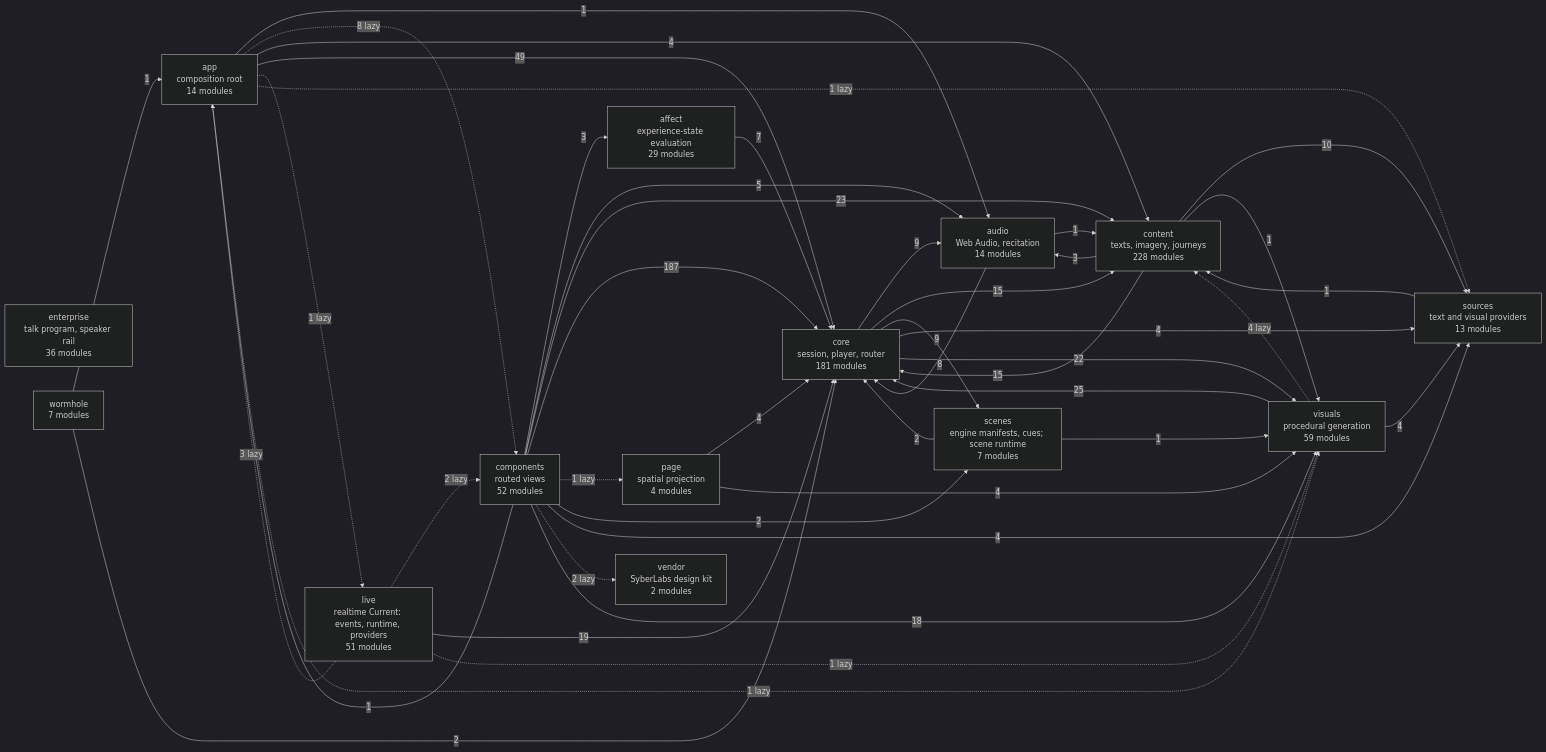
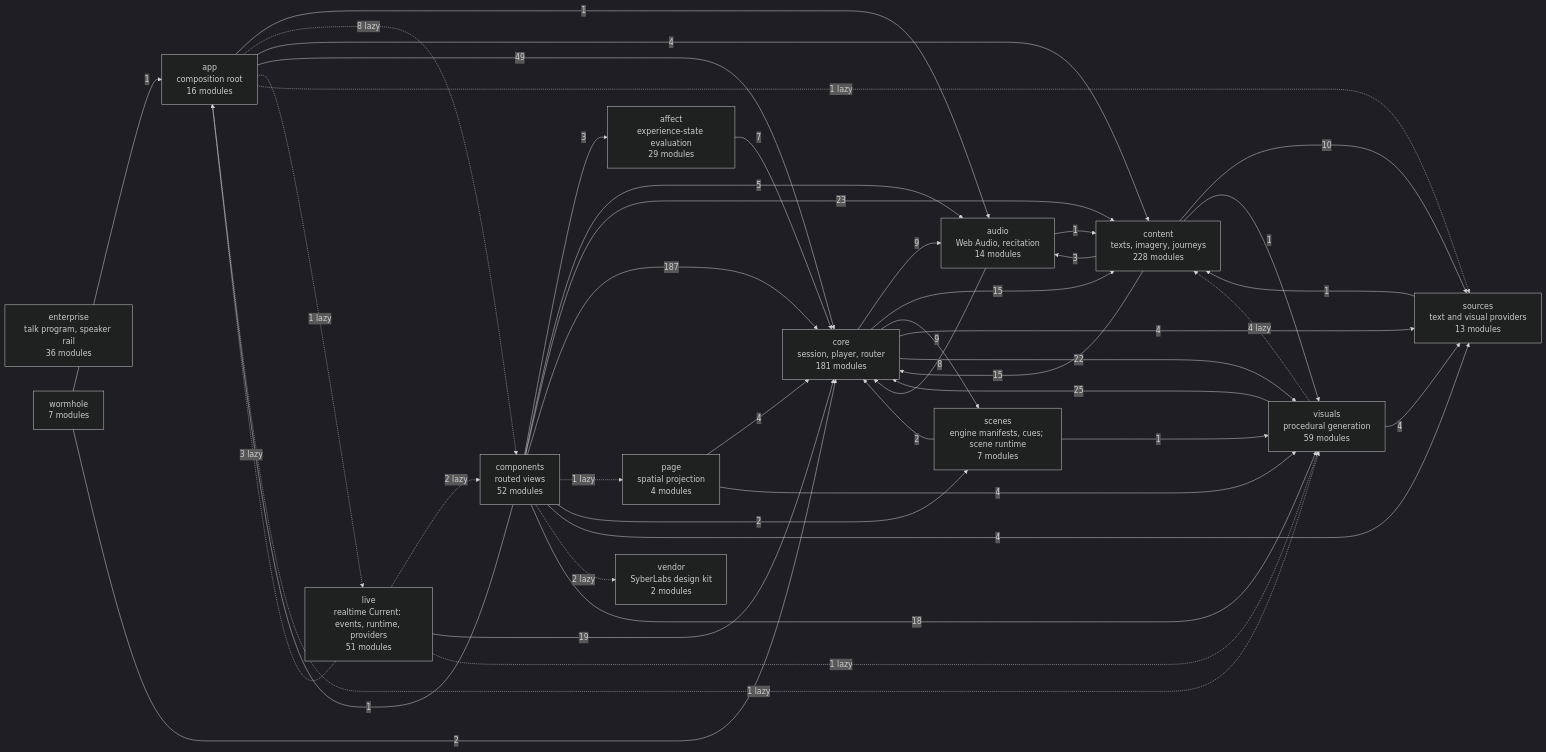
The diagram in docs/specs/ARCHITECTURE.md (SyberLabs/RISE), drawn with Mermaid (dark theme) before and after one commit.

Commit message:
Architecture diagram: regenerate for the Plus claim page and Sound row

````diff
--- a/docs/specs/ARCHITECTURE.md
+++ b/docs/specs/ARCHITECTURE.md
@@ -156,61 +156,61 @@
 ```mermaid
 flowchart LR
     affect["affect<br/>experience-state evaluation<br/>29 modules"]
-    app["app<br/>composition root<br/>14 modules"]
+    app["app<br/>composition root<br/>16 modules"]
     audio["audio<br/>Web Audio, recitation<br/>14 modules"]
     components["components<br/>routed views<br/>52 modules"]
     content["content<br/>texts, imagery, journeys<br/>228 modules"]
     core["core<br/>session, player, router<br/>181 modules"]
     enterprise["enterprise<br/>talk program, speaker rail<br/>36 modules"]
     live["live<br/>realtime Current: events, runtime, providers<br/>51 modules"]
     page["page<br/>spatial projection<br/>4 modules"]
     scenes["scenes<br/>engine manifests, cues; scene runtime<br/>7 modules"]
     sources["sources<br/>text and visual providers<br/>13 modules"]
     vendor["vendor<br/>SyberLabs design kit<br/>2 modules"]
     visuals["visuals<br/>procedural generation<br/>59 modules"]
     wormhole["wormhole<br/>7 modules"]
 
     affect --> |7| core
     app --> |1| audio
     app -.-> |8 lazy| components
     app --> |4| content
     app --> |49| core
     app -.-> |1 lazy| live
     app -.-> |1 lazy| sources
     app -.-> |1 lazy| visuals
     audio --> |1| content
     audio --> |8| core
     components --> |3| affect
     components --> |1| app
     components --> |5| audio
     components --> |23| content
     components --> |187| core
     components -.-> |1 lazy| page
     components --> |2| scenes
     components --> |4| sources
     components -.-> |2 lazy| vendor
     components --> |18| visuals
     content --> |3| audio
     content --> |15| core
     content --> |10| sources
     content --> |1| visuals
     core --> |9| audio
     core --> |15| content
     core --> |9| scenes
     core --> |4| sources
     core --> |22| visuals
     live -.-> |3 lazy| app
     live -.-> |2 lazy| components
     live --> |19| core
     live -.-> |1 lazy| visuals
     page --> |4| core
     page --> |4| visuals
     scenes --> |2| core
     scenes --> |1| visuals
     sources --> |1| content
     visuals -.-> |4 lazy| content
     visuals --> |25| core
     visuals --> |4| sources
     wormhole --> |1| app
     wormhole --> |2| core
 ```
````
